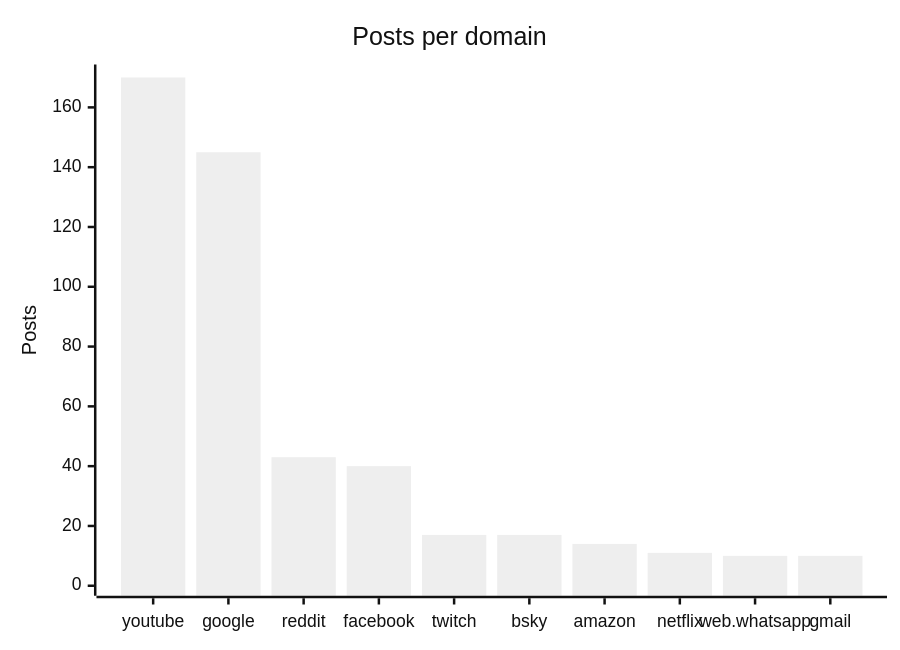
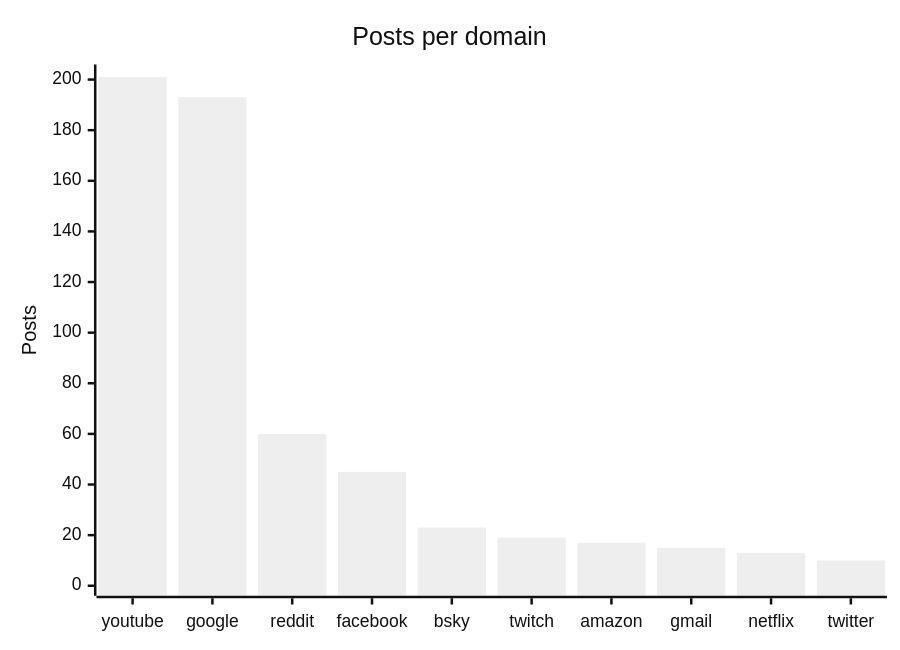
Before and after one commit to martinbalfanz/social-scanner-reports: the fourth of 4 diagrams in README.md, drawn with Mermaid (neutral theme). The commit also changed other lines of this file and 6 other files, not shown here.

````diff
--- a/README.md
+++ b/README.md
@@ -58,7 +58,7 @@
 ```mermaid
 xychart-beta
     title "Posts per domain"
-    x-axis ["youtube", "google", "reddit", "facebook", "twitch", "bsky", "amazon", "netflix", "web.whatsapp", "gmail"]
-    y-axis "Posts" 0 --> 171
-    bar [170, 145, 43, 40, 17, 17, 14, 11, 10, 10]
+    x-axis ["youtube", "google", "reddit", "facebook", "bsky", "twitch", "amazon", "gmail", "netflix", "twitter"]
+    y-axis "Posts" 0 --> 202
+    bar [201, 193, 60, 45, 23, 19, 17, 15, 13, 10]
 ```
````
